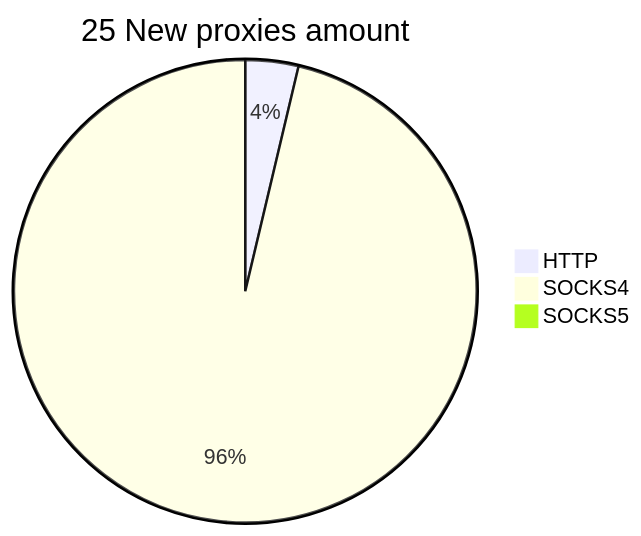
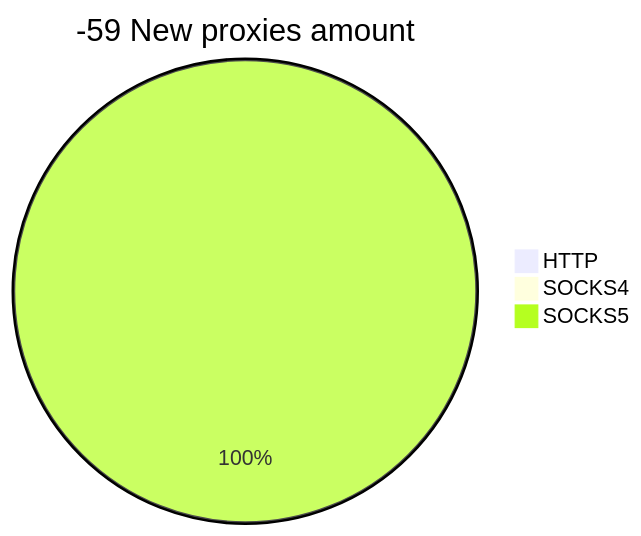
The second of 2 diagrams in README.md (cutipu/proxylist), drawn with Mermaid before and after one commit. The commit also changed other lines of this file, not shown here.

````diff
--- a/README.md
+++ b/README.md
@@ -10,6 +10,6 @@
 ```mermaid
-pie title 25 New proxies amount
-    "HTTP" : 1
-    "SOCKS4" : 26
-    "SOCKS5" : 0
+pie title -59 New proxies amount
+    "HTTP" : 0
+    "SOCKS4" : 0
+    "SOCKS5" : 11
 ```
````
